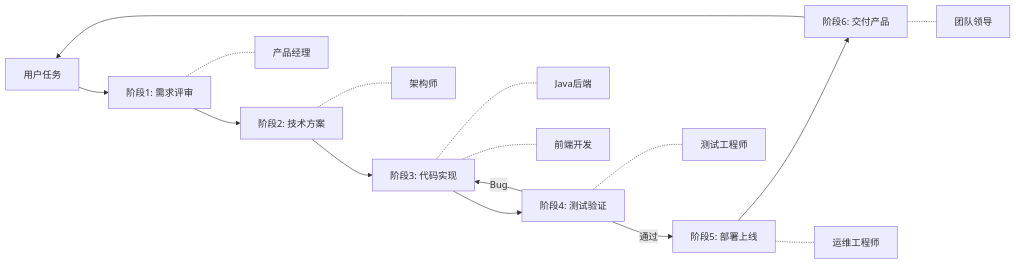
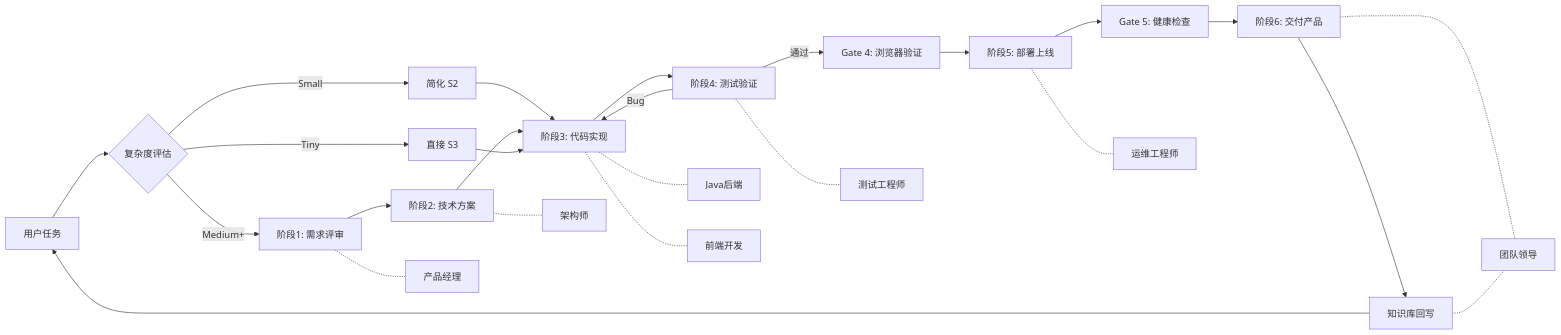
Before and after one commit to zphstart1/blog-platform: the diagram in agent-team/workflows/pipeline.md, drawn with Mermaid. The commit also changed other lines of this file and 18 other files, not shown here.

````diff
--- a/agent-team/workflows/pipeline.md
+++ b/agent-team/workflows/pipeline.md
@@ -5,19 +5,28 @@
 ```mermaid
 flowchart LR
-    U[用户任务] --> S1[阶段1: 需求评审]
+    U[用户任务] --> A{复杂度评估}
+    A -->|Tiny| S3_D[直接 S3]
+    A -->|Small| S2_S[简化 S2]
+    A -->|Medium+| S1[阶段1: 需求评审]
     S1 --> S2[阶段2: 技术方案]
-    S2 --> S3[阶段3: 代码实现]
+    S2_S --> S3[阶段3: 代码实现]
+    S2 --> S3
+    S3_D --> S3
     S3 --> S4[阶段4: 测试验证]
-    S4 --> |通过| S5[阶段5: 部署上线]
+    S4 --> |通过| G4[Gate 4: 浏览器验证]
     S4 --> |Bug| S3
-    S5 --> S6[阶段6: 交付产品]
-    S6 --> U
+    G4 --> S5[阶段5: 部署上线]
+    S5 --> G5[Gate 5: 健康检查]
+    G5 --> S6[阶段6: 交付产品]
+    S6 --> KB[知识库回写]
+    KB --> U
     
     S1 -.- PM[产品经理]
     S2 -.- SA[架构师]
     S3 -.- DEV[Java后端]
     S3 -.- FE[前端开发]
     S4 -.- QA[测试工程师]
     S5 -.- OPS[运维工程师]
     S6 -.- TL[团队领导]
+    KB -.- TL
 ```
````
